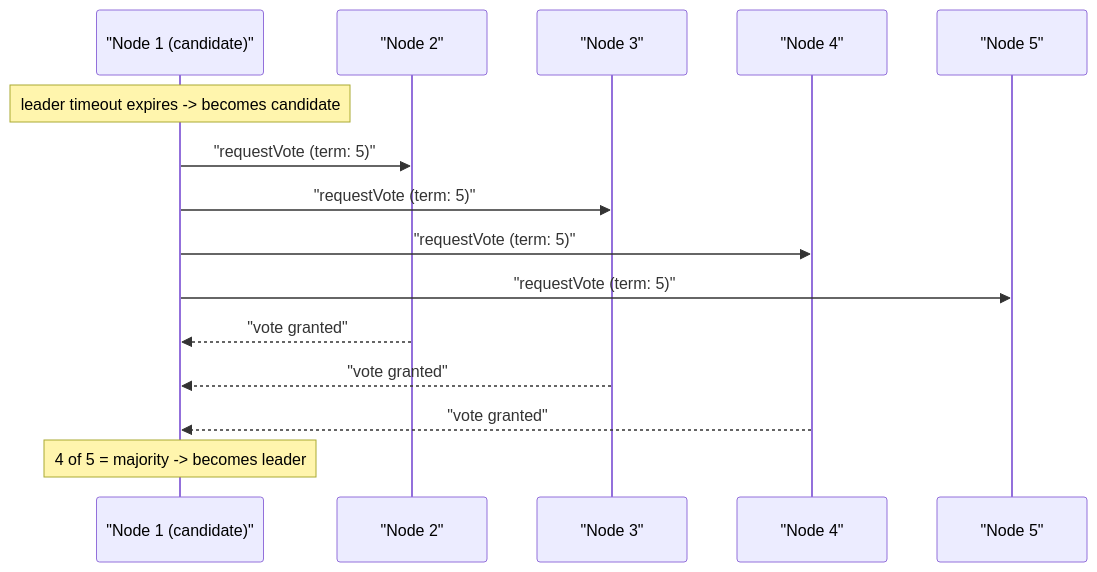
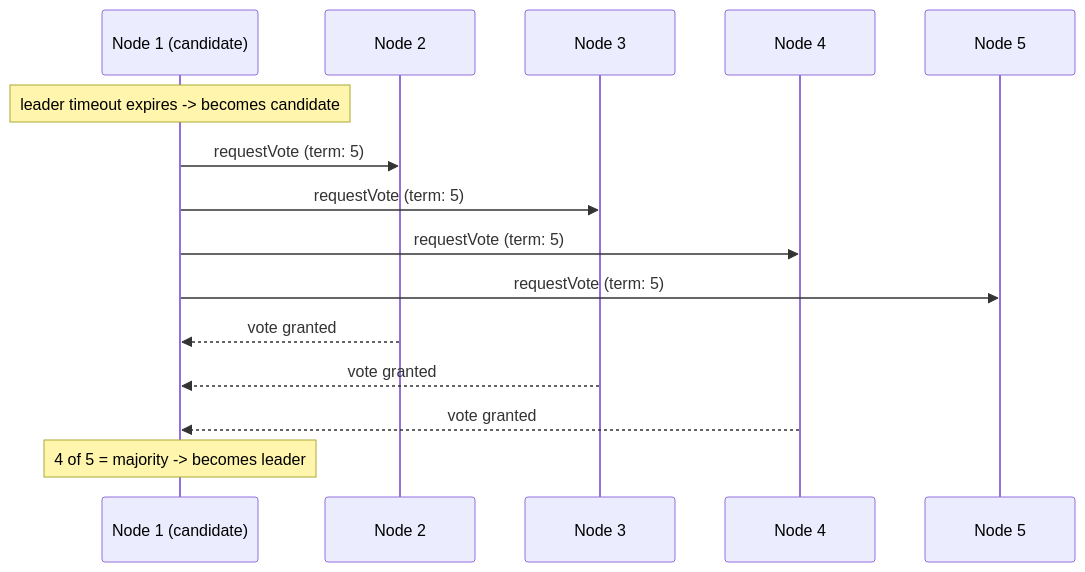
One commit to Shettysai/prepperly-content changed the diagram in phases/06-distributed-systems/consensus-algorithms.md. Above: the diagram before and after it, drawn with Mermaid. The commit also changed 9 other files, not shown here.

First line of the commit message:
Fix quote marks rendering literally in sequence diagrams

````diff
--- a/phases/06-distributed-systems/consensus-algorithms.md
+++ b/phases/06-distributed-systems/consensus-algorithms.md
@@ -39,17 +39,17 @@
 ```mermaid
 sequenceDiagram
-  participant N1 as "Node 1 (candidate)"
-  participant N2 as "Node 2"
-  participant N3 as "Node 3"
-  participant N4 as "Node 4"
-  participant N5 as "Node 5"
+  participant N1 as Node 1 (candidate)
+  participant N2 as Node 2
+  participant N3 as Node 3
+  participant N4 as Node 4
+  participant N5 as Node 5
   Note over N1: leader timeout expires -> becomes candidate
-  N1->>N2: "requestVote (term: 5)"
-  N1->>N3: "requestVote (term: 5)"
-  N1->>N4: "requestVote (term: 5)"
-  N1->>N5: "requestVote (term: 5)"
-  N2-->>N1: "vote granted"
-  N3-->>N1: "vote granted"
-  N4-->>N1: "vote granted"
+  N1->>N2: requestVote (term: 5)
+  N1->>N3: requestVote (term: 5)
+  N1->>N4: requestVote (term: 5)
+  N1->>N5: requestVote (term: 5)
+  N2-->>N1: vote granted
+  N3-->>N1: vote granted
+  N4-->>N1: vote granted
   Note over N1: 4 of 5 = majority -> becomes leader
 ```
````
